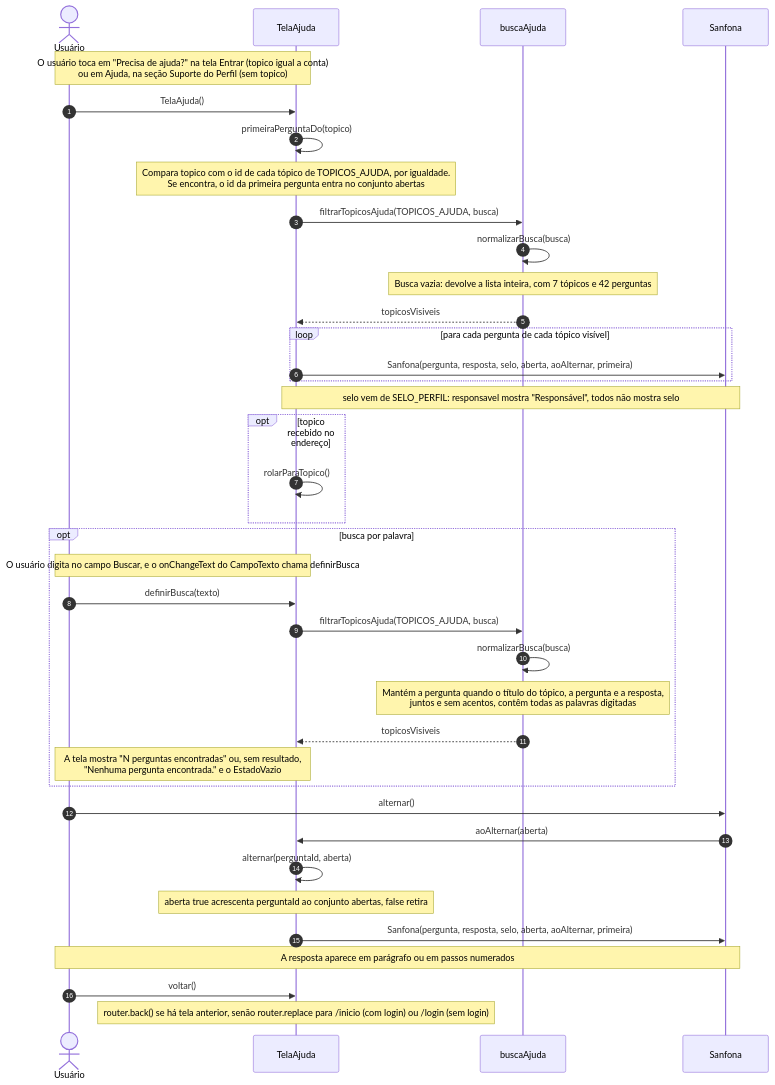
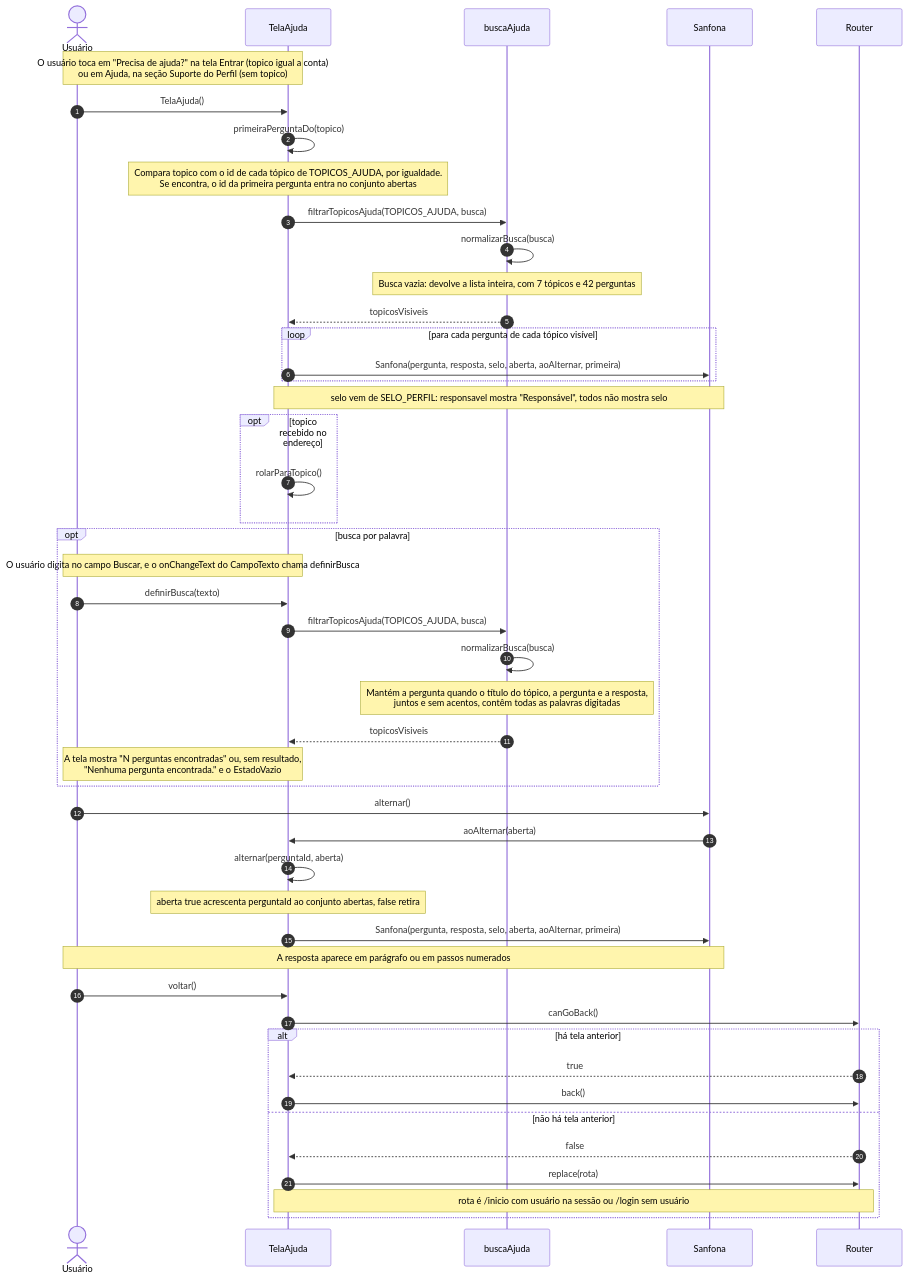
Before and after one commit to Conecta-IFSP/DOCUMENTATION: the first of 2 diagrams in 4 - Incremento3/manual-de-utilizacao/6 - diagramas-sequencia-manual-de-utilizacao.md, drawn with Mermaid. The commit also changed other lines of this file and 20 other files, not shown here.

````diff
--- a/4 - Incremento3/manual-de-utilizacao/6 - diagramas-sequencia-manual-de-utilizacao.md
+++ b/4 - Incremento3/manual-de-utilizacao/6 - diagramas-sequencia-manual-de-utilizacao.md
@@ -21,40 +24,49 @@
 ```mermaid
 sequenceDiagram
     autonumber
     actor U as Usuário
     participant T as TelaAjuda
     participant B as buscaAjuda
     participant S as Sanfona
+    participant R as Router
     Note over U,T: O usuário toca em "Precisa de ajuda?" na tela Entrar (topico igual a conta)<br/>ou em Ajuda, na seção Suporte do Perfil (sem topico)
     U->>T: TelaAjuda()
     T->>T: primeiraPerguntaDo(topico)
     Note over T: Compara topico com o id de cada tópico de TOPICOS_AJUDA, por igualdade.<br/>Se encontra, o id da primeira pergunta entra no conjunto abertas
     T->>B: filtrarTopicosAjuda(TOPICOS_AJUDA, busca)
     B->>B: normalizarBusca(busca)
     Note over B: Busca vazia: devolve a lista inteira, com 7 tópicos e 42 perguntas
     B-->>T: topicosVisiveis
     loop para cada pergunta de cada tópico visível
         T->>S: Sanfona(pergunta, resposta, selo, aberta, aoAlternar, primeira)
     end
     Note over T,S: selo vem de SELO_PERFIL: responsavel mostra "Responsável", todos não mostra selo
     opt topico recebido no endereço
         T->>T: rolarParaTopico()
     end
     opt busca por palavra
         Note over U,T: O usuário digita no campo Buscar, e o onChangeText do CampoTexto chama definirBusca
         U->>T: definirBusca(texto)
         T->>B: filtrarTopicosAjuda(TOPICOS_AJUDA, busca)
         B->>B: normalizarBusca(busca)
         Note over B: Mantém a pergunta quando o título do tópico, a pergunta e a resposta,<br/>juntos e sem acentos, contêm todas as palavras digitadas
         B-->>T: topicosVisiveis
         Note over U,T: A tela mostra "N perguntas encontradas" ou, sem resultado,<br/>"Nenhuma pergunta encontrada." e o EstadoVazio
     end
     U->>S: alternar()
     S->>T: aoAlternar(aberta)
     T->>T: alternar(perguntaId, aberta)
     Note over T: aberta true acrescenta perguntaId ao conjunto abertas, false retira
     T->>S: Sanfona(pergunta, resposta, selo, aberta, aoAlternar, primeira)
     Note over U,S: A resposta aparece em parágrafo ou em passos numerados
     U->>T: voltar()
-    Note over T: router.back() se há tela anterior, senão router.replace para /inicio (com login) ou /login (sem login)
+    T->>R: canGoBack()
+    alt há tela anterior
+        R-->>T: true
+        T->>R: back()
+    else não há tela anterior
+        R-->>T: false
+        T->>R: replace(rota)
+        Note over T,R: rota é /inicio com usuário na sessão ou /login sem usuário
+    end
 ```
````
